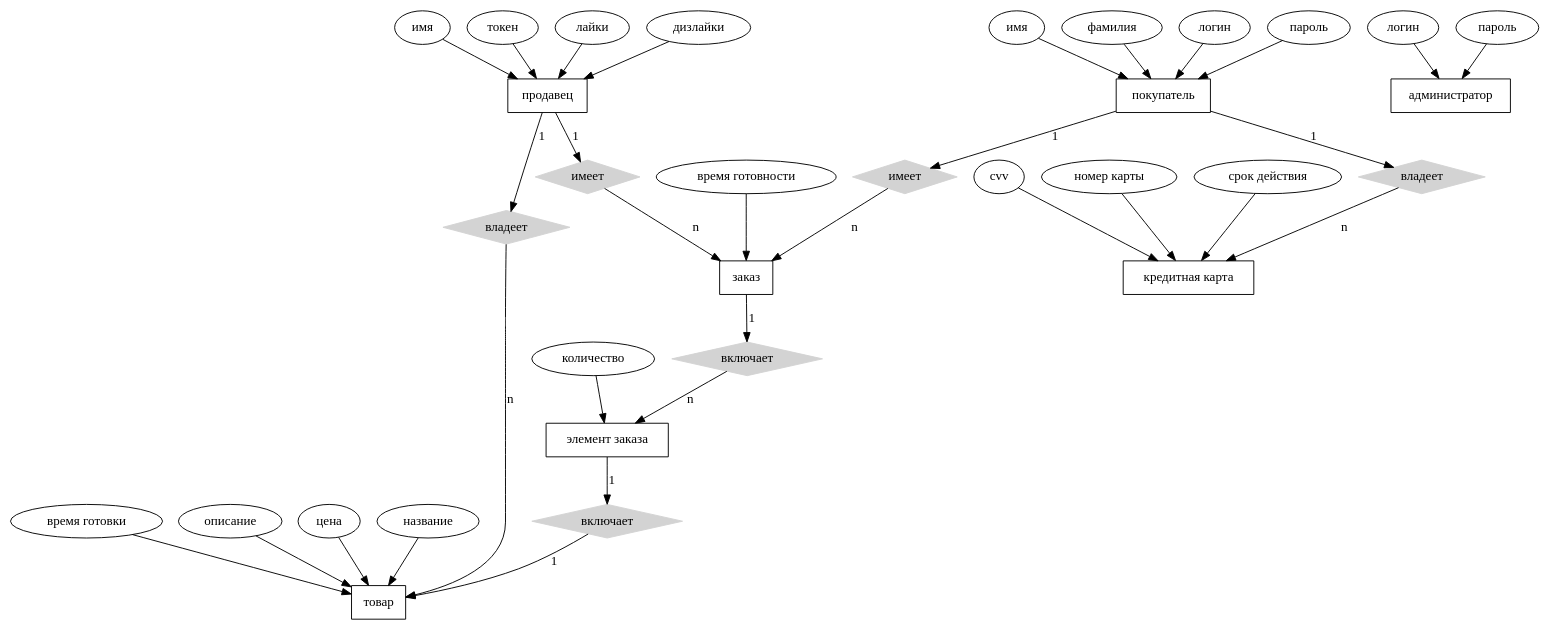
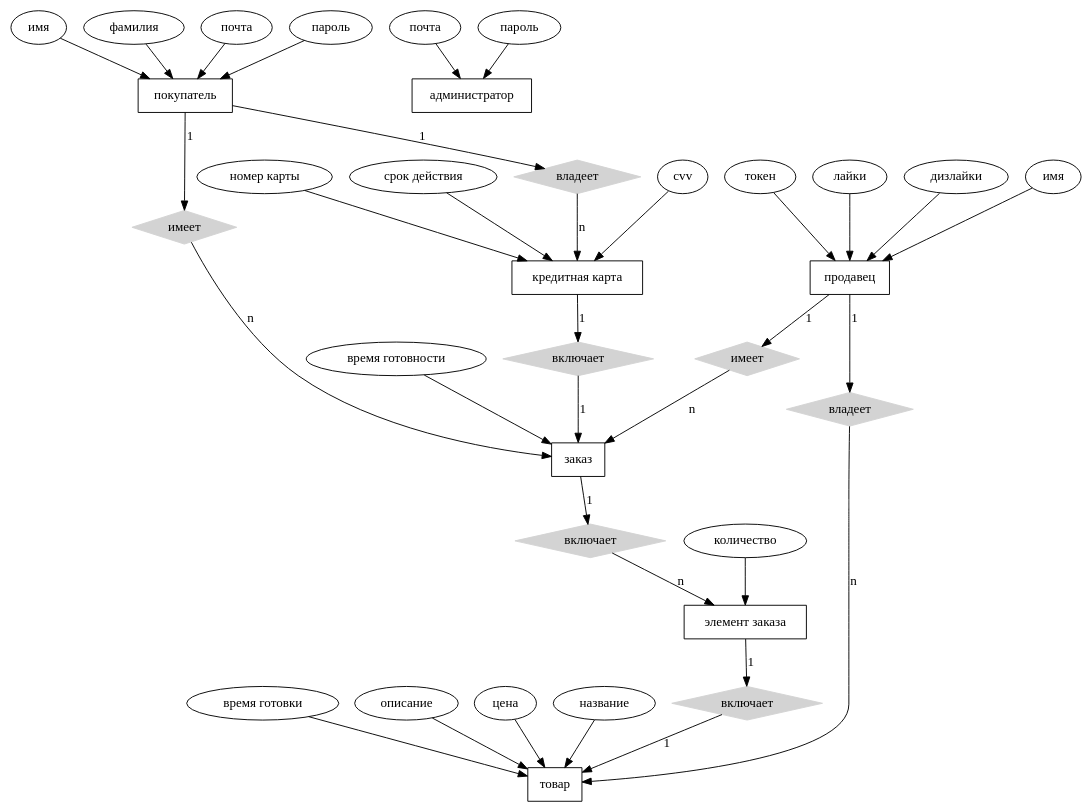
Before and after one commit to s3rius/feedEm: the diagram in docs/ER.gv, drawn with Graphviz. The commit also changed 26 other files, not shown here.

```diff
--- a/docs/ER.gv
+++ b/docs/ER.gv
@@ -1,57 +1,60 @@
 digraph ER {
 	overlap = false;
 
 	node [shape=box]; покупатель; "кредитная карта"; администратор; заказ; продавец; товар; "элемент заказа";
 	node [shape=ellipse]; {node [label="имя"] имяПользователя; имяПродавца;}
 		фамилия; количество;
-		{node [label="логин"] логинПользователя; логинАдмин;}
+		{node [label="почта"] логинПользователя; логинАдмин;}
 		 cvv; "номер карты"; "срок действия"; "время готовности"; "время готовки"; описание; цена; название; токен; лайки; дизлайки;
 		{node [label="пароль"] парольПользователя; парольАдмин;}
 	node [shape=diamond,style=filled,color=lightgrey]; {node [label="имеет"] имеет0; имеет1;}
-		{node [label="включает"] включает0; включает1}
+		{node [label="включает"] включает0; включает1; включает2}
 		{node [label="владеет"] владеет0; владеет1}
 
 	логинАдмин -> администратор;
 	парольАдмин -> администратор;
 
 	имяПользователя -> покупатель;
 	фамилия -> покупатель;
 	логинПользователя -> покупатель;
 	парольПользователя -> покупатель;
 
 	покупатель -> владеет0 [label="1",len=1.00];
  	владеет0 -> "кредитная карта" [label="n",len=1.00];
+
+	"кредитная карта" -> включает2 [label="1",len=1.00];
+	включает2-> заказ [label="1",len=1.00];
 
 	cvv -> "кредитная карта";
 	"номер карты" -> "кредитная карта";
 	"срок действия" -> "кредитная карта";
 
 	"время готовности" -> заказ;
 
 	покупатель -> имеет0 [label="1",len=1.00];
  	имеет0 -> заказ [label="n",len=1.00];
 
 	"время готовки" -> товар;
 	цена -> товар;
 	описание -> товар;
 	название -> товар;
 
 	заказ -> включает0 [label="1",len=1.00];
  	включает0 -> "элемент заказа" [label="n",len=1.00];
 
 	количество -> "элемент заказа";
 
 	"элемент заказа" -> включает1 [label="1",len=1.00];
  	включает1 -> товар [label="1",len=1.00];
 
 	токен -> продавец;
 	лайки -> продавец;
 	дизлайки -> продавец;
 	имяПродавца -> продавец;
 
 	продавец -> владеет1 [label="1",len=1.00];
  	владеет1 -> товар [label="n",len=1.00];
 
 	продавец -> имеет1 [label="1",len=1.00];
  	имеет1 -> заказ [label="n",len=1.00];
 }
```
